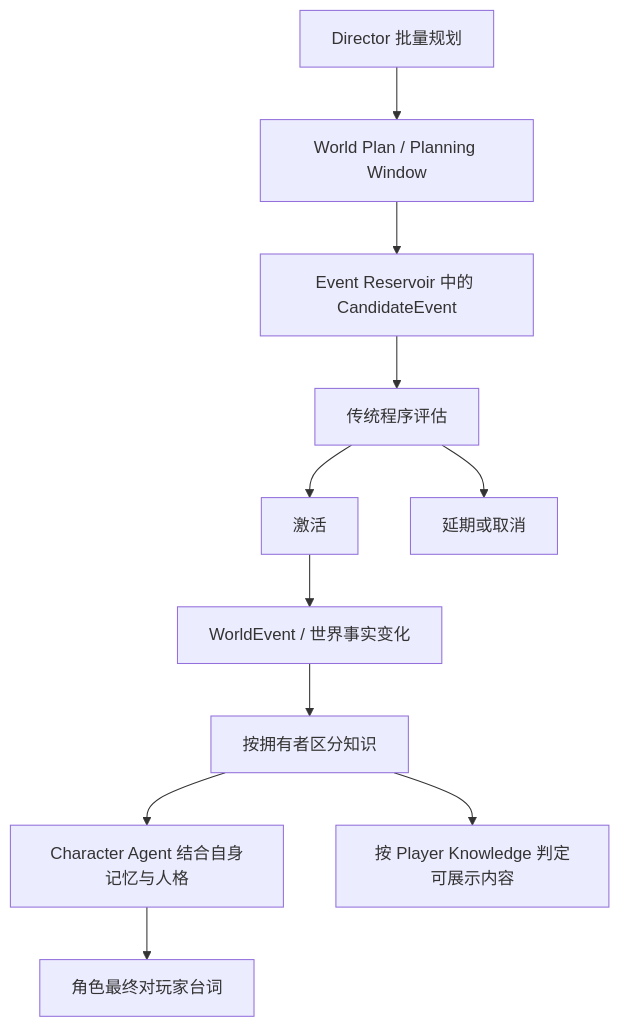
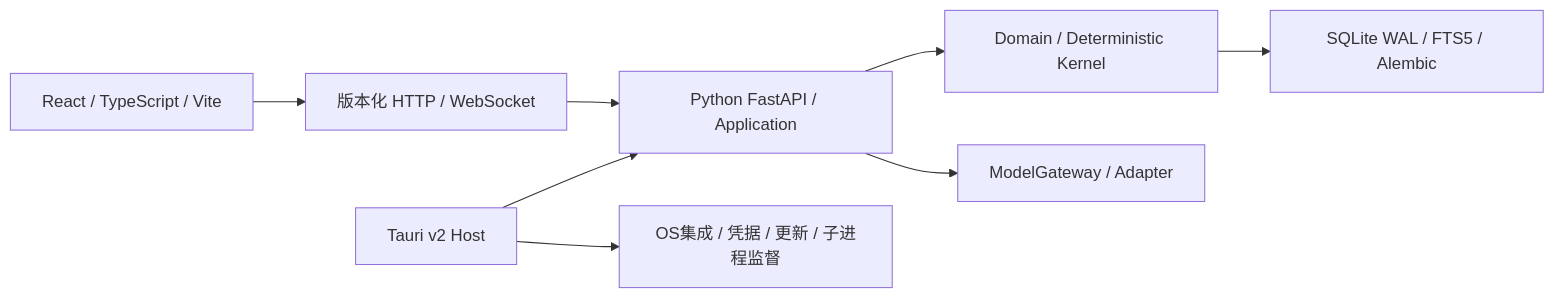
One commit to zhangyeS12/dreamtalk changed the diagram in docs/architecture/SYSTEM_OVERVIEW.md. Above: the diagram before and after it, drawn with Mermaid. The commit also changed other lines of this file and 168 other files, not shown here.

````diff
--- a/docs/architecture/SYSTEM_OVERVIEW.md
+++ b/docs/architecture/SYSTEM_OVERVIEW.md
@@ -26,13 +7,10 @@
 ```mermaid
-flowchart TD
-    D[Director 批量规划] --> P[World Plan / Planning Window]
-    P --> R[Event Reservoir 中的 CandidateEvent]
-    R --> E[传统程序评估]
-    E --> A[激活]
-    E --> H[延期或取消]
-    A --> W[WorldEvent / 世界事实变化]
-    W --> K[按拥有者区分知识]
-    K --> C[Character Agent 结合自身记忆与人格]
-    C --> M[角色最终对玩家台词]
-    K --> V[按 Player Knowledge 判定可展示内容]
+flowchart LR
+    UI[React / TypeScript / Vite] --> API[版本化 HTTP / WebSocket]
+    API --> APP[Python FastAPI / Application]
+    APP --> K[Domain / Deterministic Kernel]
+    K --> DB[SQLite WAL / FTS5 / Alembic]
+    APP --> G[ModelGateway / Adapter]
+    T[Tauri v2 Host] --> APP
+    T --> OS[OS集成 / 凭据 / 更新 / 子进程监督]
 ```
````
